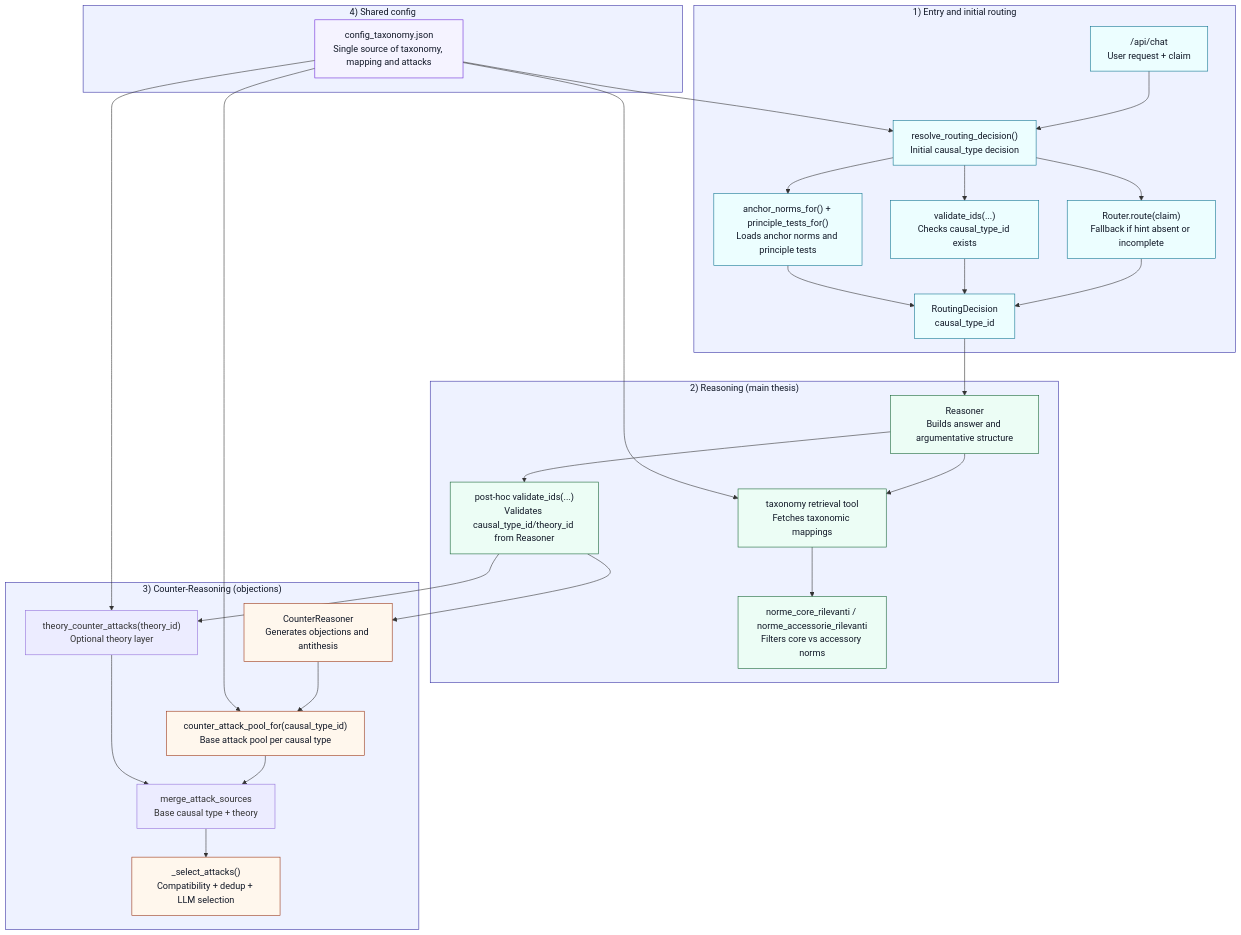
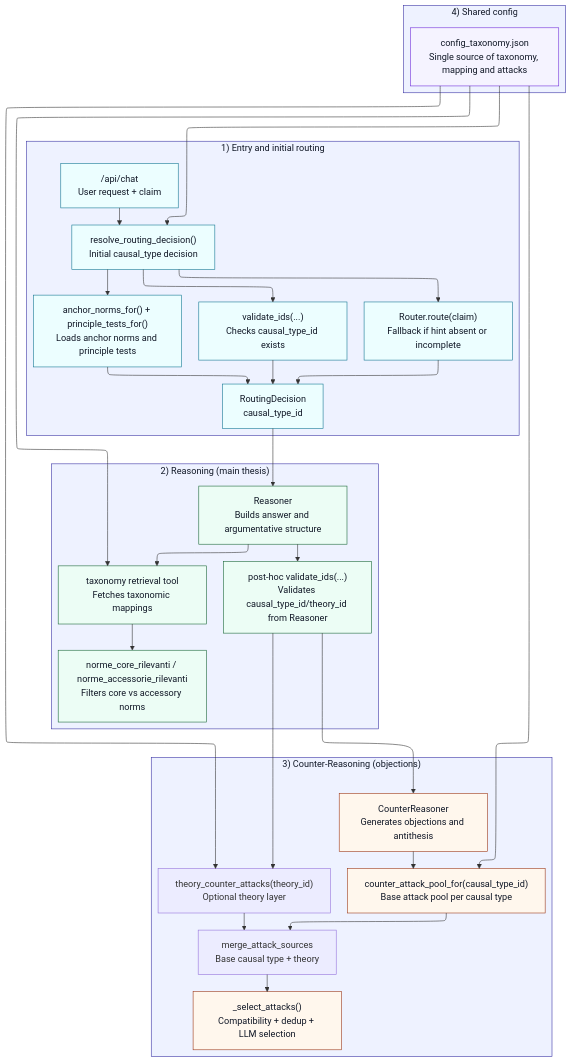
The diagram in assets/taxonomy_graphs/causal_taxonomy_runtime_flow.mmd (Leonard2310/LexCausa), drawn with Mermaid before and after one commit. The commit also changed 2 other files, not shown here.

Commit message:
feat: update mmd and add architecture

```diff
--- a/assets/taxonomy_graphs/causal_taxonomy_runtime_flow.mmd
+++ b/assets/taxonomy_graphs/causal_taxonomy_runtime_flow.mmd
@@ -1,47 +1,48 @@
+%%{init: {"flowchart": {"defaultRenderer": "elk"}}}%%
 flowchart TB
   subgraph IN["1) Entry and initial routing"]
     API["/api/chat\nUser request + claim"] --> RR["resolve_routing_decision()\nInitial causal_type decision"]
     RR --> VID["validate_ids(...)\nChecks causal_type_id exists"]
     RR --> AR["anchor_norms_for() + principle_tests_for()\nLoads anchor norms and principle tests"]
     RR --> ROUTER["Router.route(claim)\nFallback if hint absent or incomplete"]
     ROUTER --> RC["RoutingDecision\ncausal_type_id"]
     VID --> RC
     AR --> RC
   end
 
   subgraph RE["2) Reasoning (main thesis)"]
     RC --> REAS["Reasoner\nBuilds answer and argumentative structure"]
     REAS --> GCT["taxonomy retrieval tool\nFetches taxonomic mappings"]
     GCT --> FILT["norme_core_rilevanti / norme_accessorie_rilevanti\nFilters core vs accessory norms"]
     REAS --> PV["post-hoc validate_ids(...)\nValidates causal_type_id/theory_id from Reasoner"]
   end
 
   subgraph CR["3) Counter-Reasoning (objections)"]
     PV --> COUNTER["CounterReasoner\nGenerates objections and antithesis"]
     COUNTER --> POOL["counter_attack_pool_for(causal_type_id)\nBase attack pool per causal type"]
     PV --> TPOOL["theory_counter_attacks(theory_id)\nOptional theory layer"]
     POOL --> MERGE["merge_attack_sources\nBase causal type + theory"]
     TPOOL --> MERGE
     MERGE --> SEL["_select_attacks()\nCompatibility + dedup + LLM selection"]
   end
 
   subgraph CFGS["4) Shared config"]
     CFG["config_taxonomy.json\nSingle source of taxonomy, mapping and attacks"]
   end
 
   CFG --> RR
   CFG --> GCT
   CFG --> POOL
   CFG --> TPOOL
 
   classDef phase fill:#eef2ff,stroke:#3730a3,color:#111827;
   classDef entry fill:#ecfeff,stroke:#0e7490,color:#111827;
   classDef reason fill:#ecfdf5,stroke:#166534,color:#111827;
   classDef counter fill:#fff7ed,stroke:#9a3412,color:#111827;
   classDef config fill:#f5f3ff,stroke:#6d28d9,color:#111827;
 
   class IN,RE,CR,CFGS phase;
   class API,RR,VID,AR,ROUTER,RC entry;
   class REAS,GCT,FILT,PV reason;
   class COUNTER,POOL,SEL counter;
   class CFG config;
```
